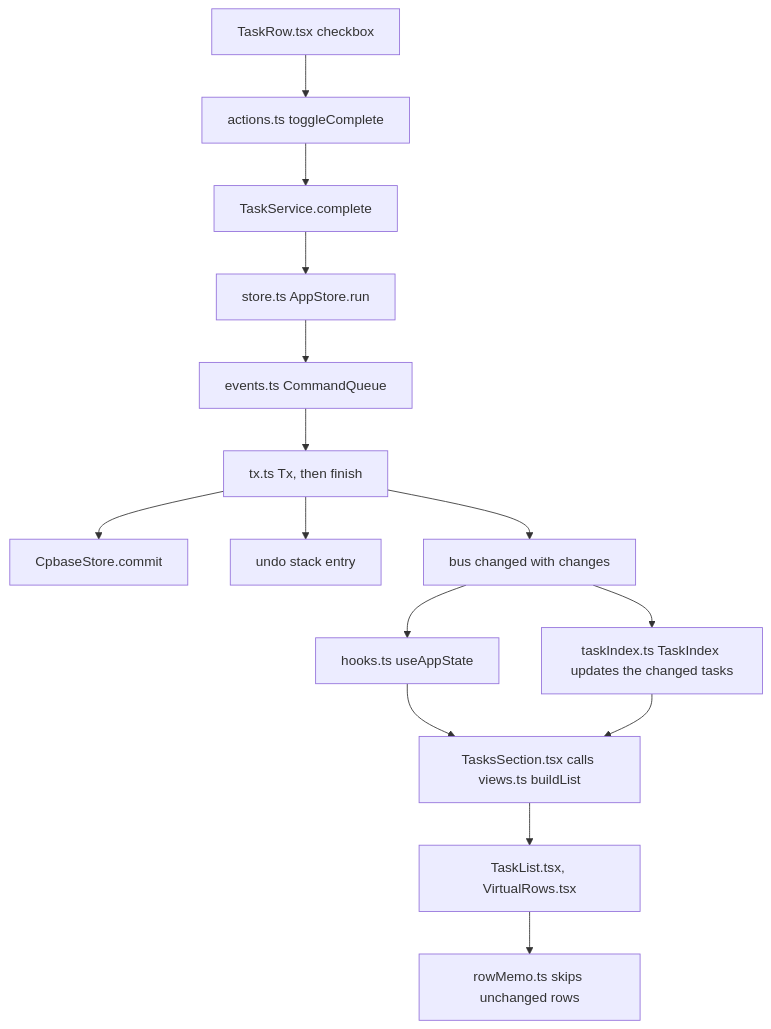
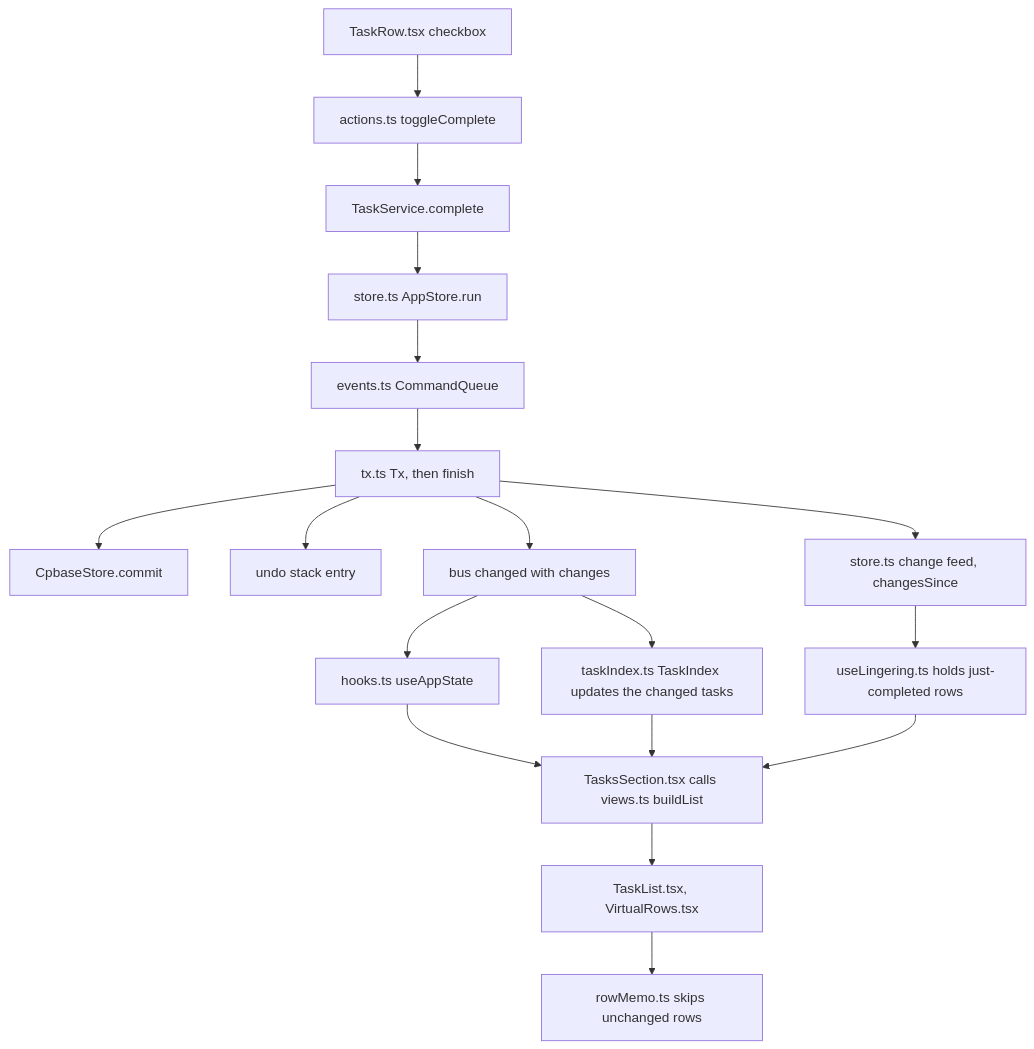
The second of 4 diagrams in docs/development/architecture.md (MHElnour/logwell), drawn with Mermaid before and after one commit. The commit also changed other lines of this file and 1 other file, not shown here.

Commit message:
Describe the change feed and the subtask counts of the task index (#41)

````diff
--- a/docs/development/architecture.md
+++ b/docs/development/architecture.md
@@ -46,17 +46,20 @@
 ```mermaid
 flowchart TD
   A[TaskRow.tsx checkbox] --> B[actions.ts toggleComplete]
   B --> C[TaskService.complete]
   C --> D[store.ts AppStore.run]
   D --> E[events.ts CommandQueue]
   E --> F[tx.ts Tx, then finish]
   F --> G[CpbaseStore.commit]
   F --> H[undo stack entry]
   F --> I[bus changed with changes]
+  F --> O[store.ts change feed, changesSince]
   I --> N[taskIndex.ts TaskIndex updates the changed tasks]
   I --> J[hooks.ts useAppState]
   J --> K[TasksSection.tsx calls views.ts buildList]
   N --> K
+  O --> P[useLingering.ts holds just-completed rows]
+  P --> K
   K --> L[TaskList.tsx, VirtualRows.tsx]
   L --> M[rowMemo.ts skips unchanged rows]
 ```
````
